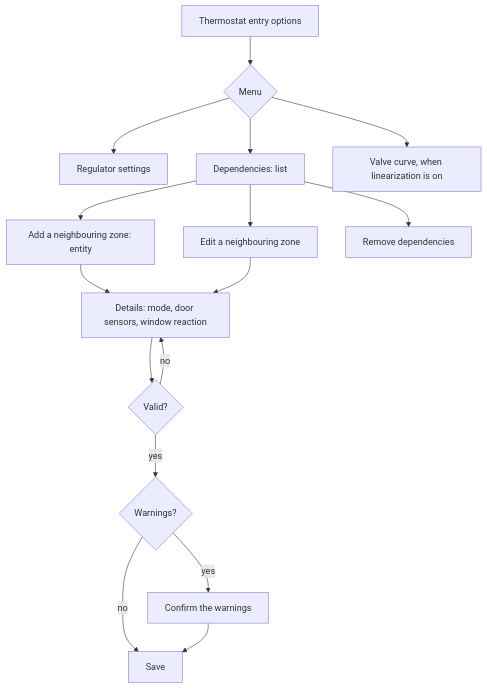
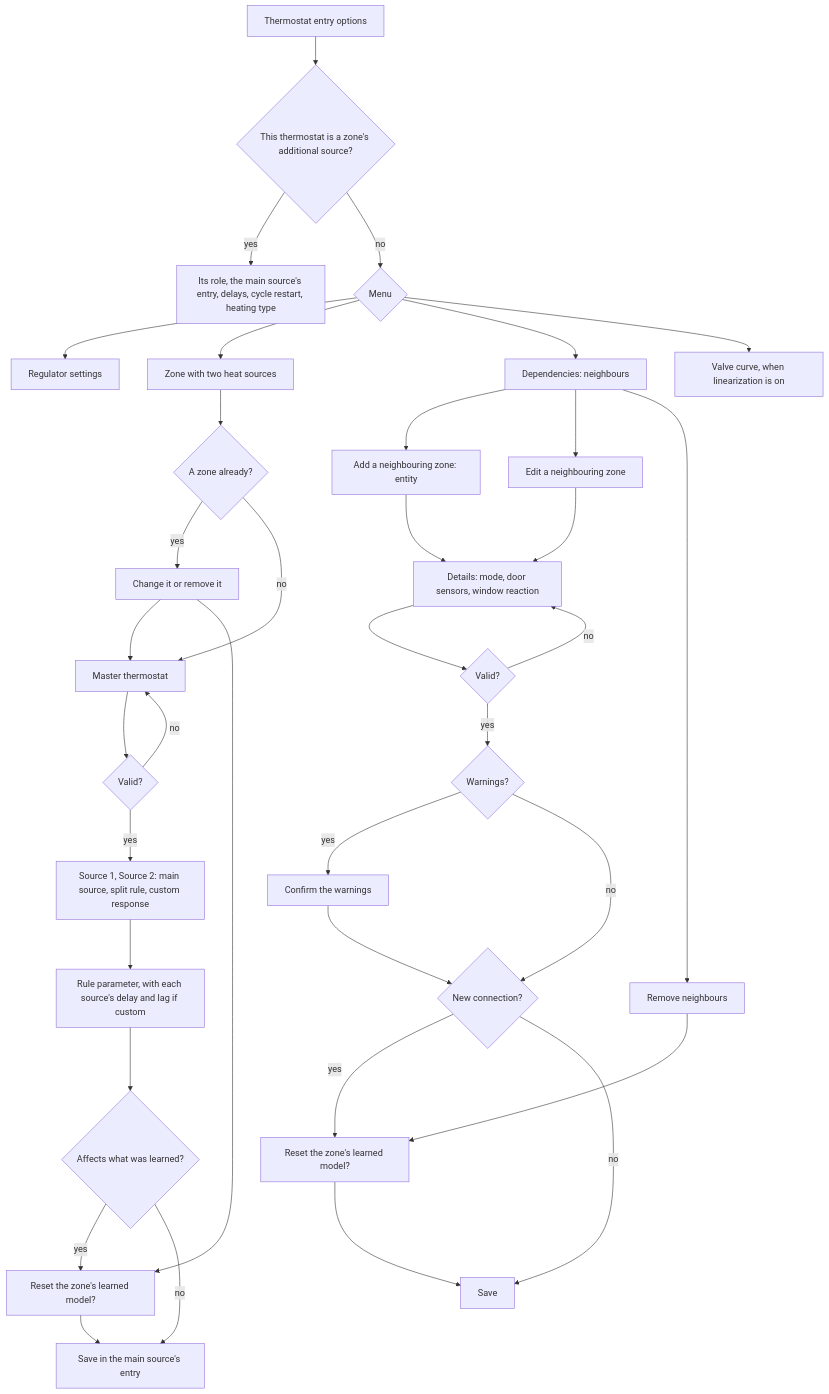
Before and after one commit to Shadow-230/vtherm_smartpi: diagram 11 of 11 in documentation/en/zone_dependencies.md, drawn with Mermaid. The commit also changed other lines of this file and 14 other files, not shown here.

````diff
--- a/documentation/en/zone_dependencies.md
+++ b/documentation/en/zone_dependencies.md
@@ -903,18 +918,38 @@
 ```mermaid
 flowchart TD
-    O[Thermostat entry options] --> M{Menu}
+    O[Thermostat entry options] --> R{This thermostat is a zone's additional source?}
+    R -- yes --> SR[Its role, the main source's entry, delays, cycle restart, heating type]
+    R -- no --> M{Menu}
     M --> ST[Regulator settings]
-    M --> DL[Dependencies: list]
+    M --> ZN[Zone with two heat sources]
+    M --> DL[Dependencies: neighbours]
     M --> VC[Valve curve, when linearization is on]
+    ZN --> ZE{A zone already?}
+    ZE -- yes --> ZM[Change it or remove it]
+    ZE -- no --> MA[Master thermostat]
+    ZM --> MA
+    ZM --> RS
+    MA --> MV{Valid?}
+    MV -- no --> MA
+    MV -- yes --> SO[Source 1, Source 2: main source, split rule, custom response]
+    SO --> PA[Rule parameter, with each source's delay and lag if custom]
+    PA --> AF{Affects what was learned?}
+    AF -- yes --> RS[Reset the zone's learned model?]
+    AF -- no --> SV[Save in the main source's entry]
+    RS --> SV
     DL --> NA[Add a neighbouring zone: entity]
     DL --> NE[Edit a neighbouring zone]
-    DL --> NR[Remove dependencies]
+    DL --> NR[Remove neighbours]
     NA --> ND[Details: mode, door sensors, window reaction]
     NE --> ND
     ND --> V{Valid?}
     V -- no --> ND
     V -- yes --> W{Warnings?}
     W -- yes --> NC[Confirm the warnings]
-    W -- no --> SV[Save]
-    NC --> SV
+    W -- no --> NF{New connection?}
+    NC --> NF
+    NF -- yes --> NRS[Reset the zone's learned model?]
+    NF -- no --> NSV[Save]
+    NRS --> NSV
+    NR --> NRS
 ```
````
